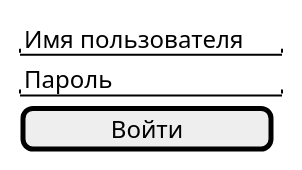
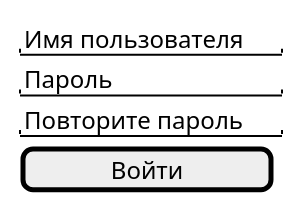
The diagram in design/ui/sign_in.puml (Daemon712/foobarbaz-backend), drawn with PlantUML before and after one commit.

Commit message:
add field "Repeat Password" for sign up form

```diff
--- a/design/ui/sign_in.puml
+++ b/design/ui/sign_in.puml
@@ -1,8 +1,9 @@
 @startuml
 salt
 {
     "Имя пользователя"
     "Пароль          "
+    "Повторите пароль"
     [Войти          ]
 }
 @enduml
```
